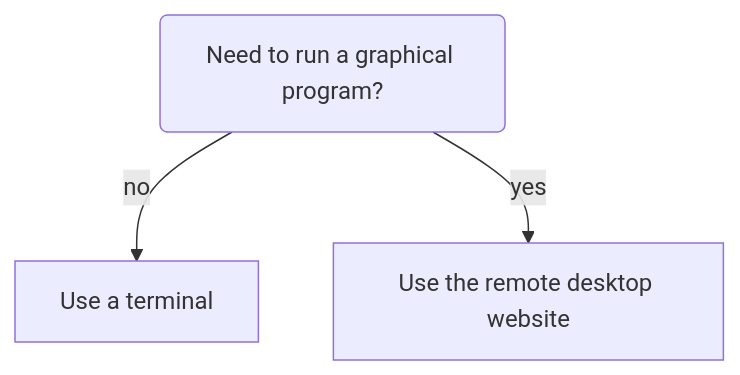
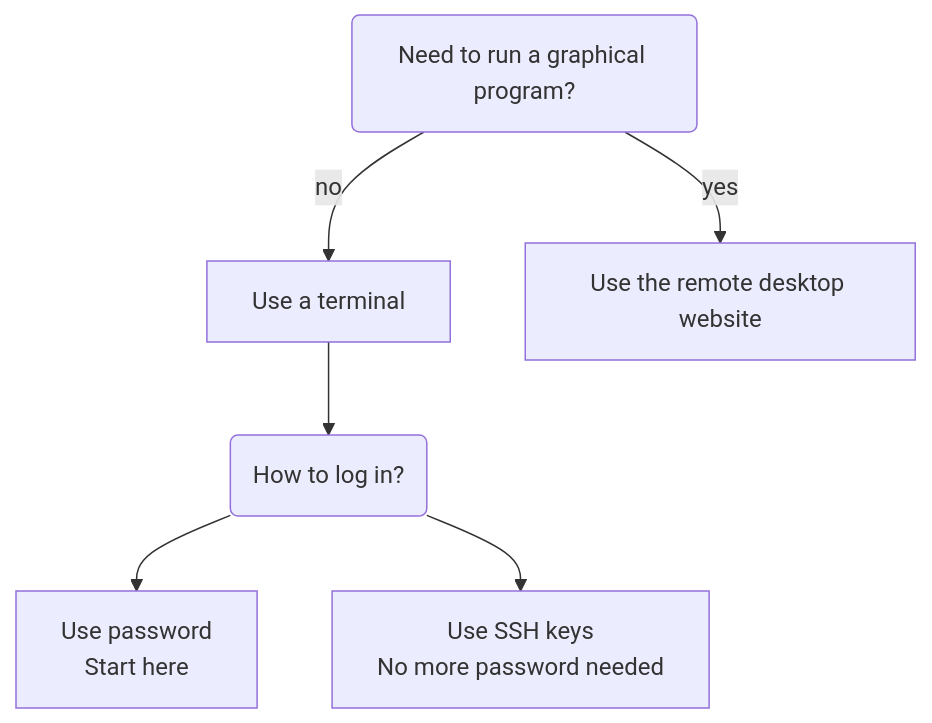
The diagram in docs/getting_started/login_bianca.md (UPPMAX/UPPMAX-documentation), drawn with Mermaid before and after one commit. The commit also changed other lines of this file and 3 other files, not shown here.

````diff
--- a/docs/getting_started/login_bianca.md
+++ b/docs/getting_started/login_bianca.md
@@ -29,9 +26,17 @@
 ```mermaid
 flowchart TD
   need_gui(Need to run a graphical program?)
+  how_login(How to log in?)
   use_terminal[Use a terminal]
   use_website[Use the remote desktop website]
 
+  use_password[Use password\nStart here]
+  use_ssh_keys[Use SSH keys\nNo more password needed]
+
   need_gui --> |no| use_terminal
   need_gui --> |yes| use_website
+
+  use_terminal --> how_login
+  how_login --> use_password
+  how_login --> use_ssh_keys
 ```
````
